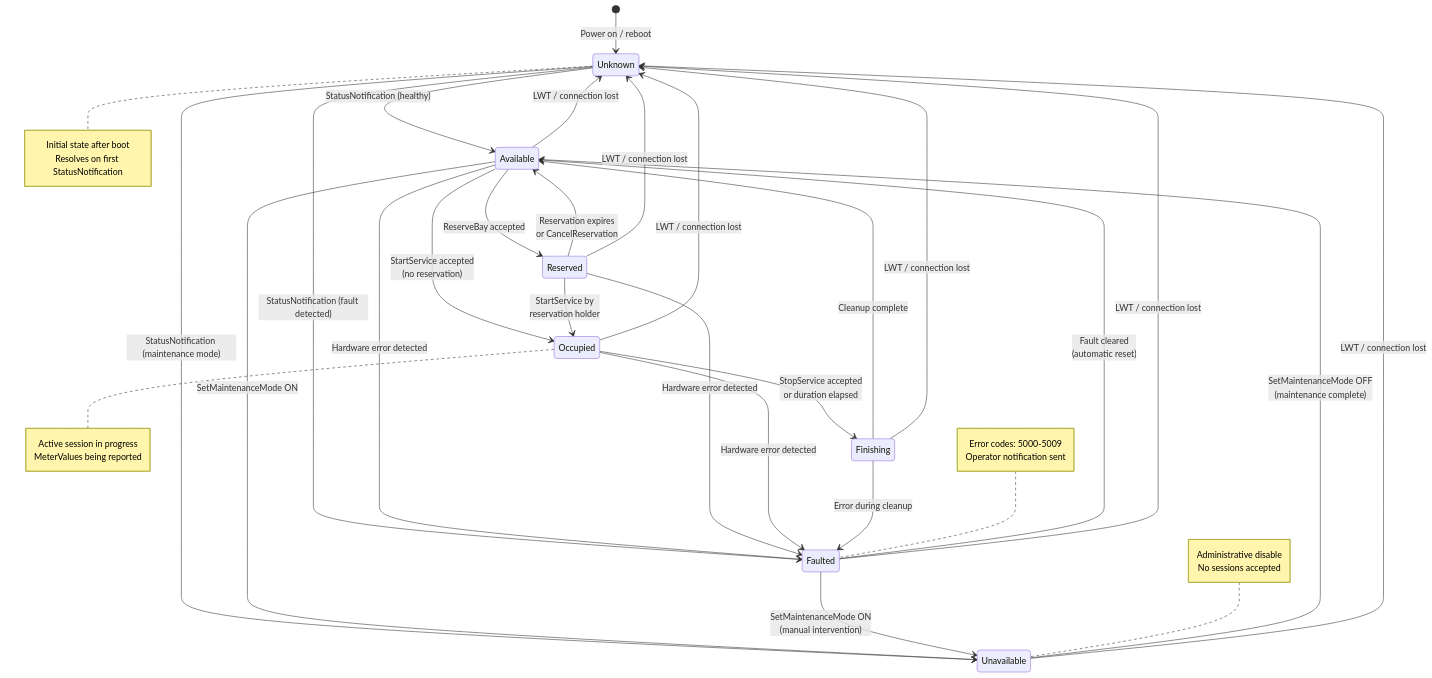
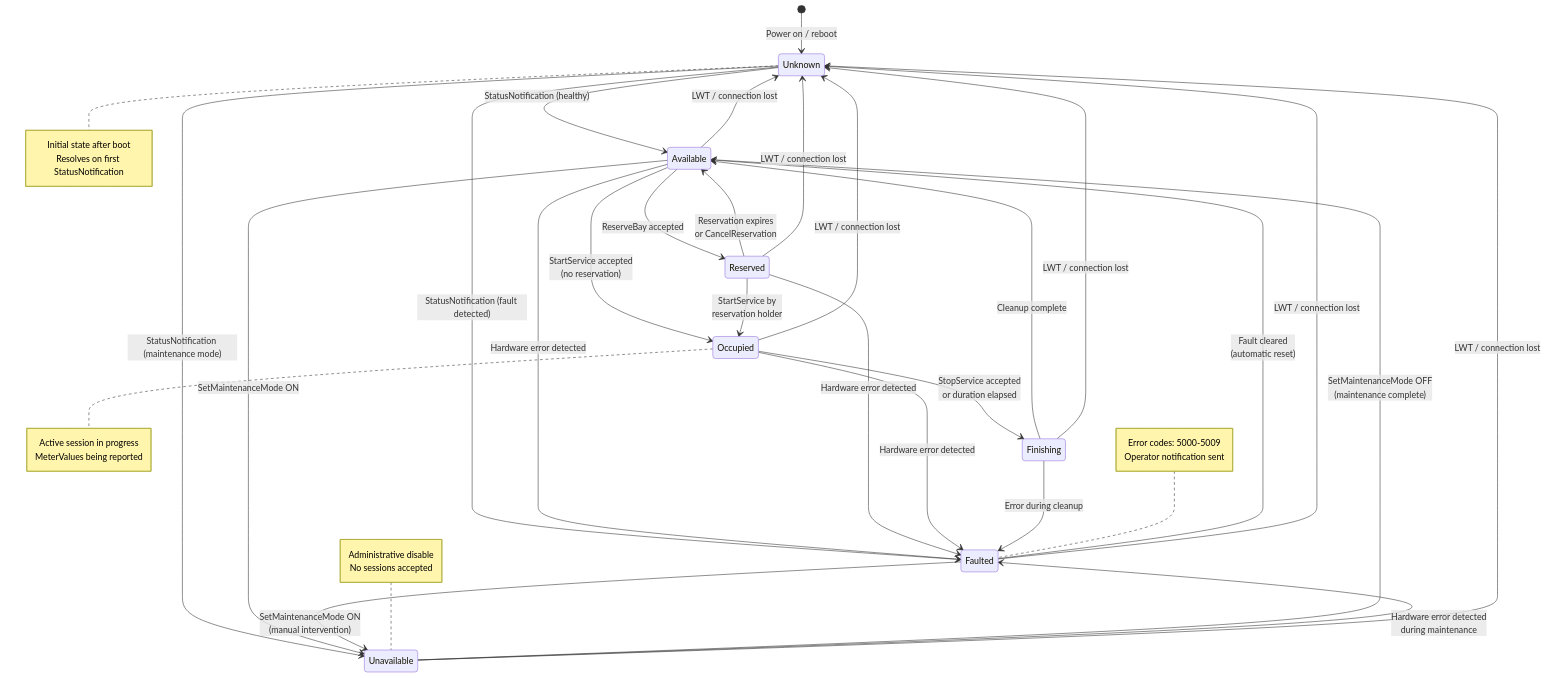
One commit to ospp-org/spec changed the diagram in diagrams/state-machine-bay.mmd. Above: the diagram before and after it, drawn with Mermaid. The commit also changed 3 other files, not shown here.

```diff
--- a/diagrams/state-machine-bay.mmd
+++ b/diagrams/state-machine-bay.mmd
@@ -1,58 +1,59 @@
 %% OSPP Bay State Machine
 %% Reference: spec/05-state-machines.md, Section 2
 %% Each bay on a station MUST be in exactly one of these 7 states
 
 stateDiagram-v2
     [*] --> Unknown : Power on / reboot
 
     Unknown --> Available : StatusNotification (healthy)
     Unknown --> Faulted : StatusNotification (fault detected)
     Unknown --> Unavailable : StatusNotification (maintenance mode)
 
     Available --> Reserved : ReserveBay accepted
     Available --> Occupied : StartService accepted<br/>(no reservation)
     Available --> Faulted : Hardware error detected
     Available --> Unavailable : SetMaintenanceMode ON
 
     Reserved --> Occupied : StartService by<br/>reservation holder
     Reserved --> Available : Reservation expires<br/>or CancelReservation
     Reserved --> Faulted : Hardware error detected
 
     Occupied --> Finishing : StopService accepted<br/>or duration elapsed
     Occupied --> Faulted : Hardware error detected
 
     Finishing --> Available : Cleanup complete
     Finishing --> Faulted : Error during cleanup
 
     Faulted --> Available : Fault cleared<br/>(automatic reset)
     Faulted --> Unavailable : SetMaintenanceMode ON<br/>(manual intervention)
 
     Unavailable --> Available : SetMaintenanceMode OFF<br/>(maintenance complete)
+    Unavailable --> Faulted : Hardware error detected<br/>during maintenance
 
     %% Connection lost transitions (any → Unknown)
     Available --> Unknown : LWT / connection lost
     Reserved --> Unknown : LWT / connection lost
     Occupied --> Unknown : LWT / connection lost
     Finishing --> Unknown : LWT / connection lost
     Faulted --> Unknown : LWT / connection lost
     Unavailable --> Unknown : LWT / connection lost
 
     note right of Unknown
         Initial state after boot
         Resolves on first StatusNotification
     end note
 
     note right of Occupied
         Active session in progress
         MeterValues being reported
     end note
 
     note left of Faulted
         Error codes: 5000-5009
         Operator notification sent
     end note
 
     note left of Unavailable
         Administrative disable
         No sessions accepted
     end note
```
